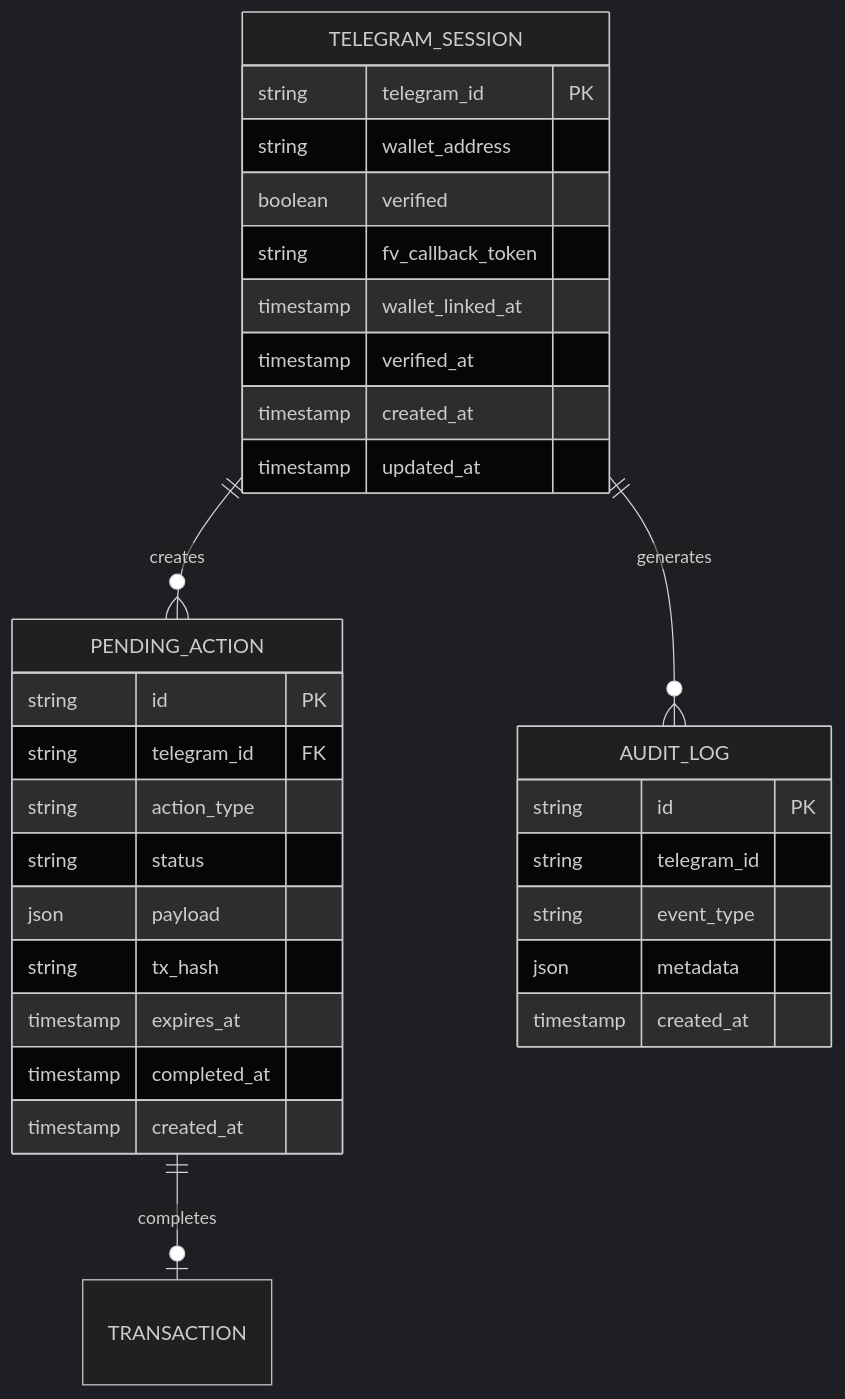
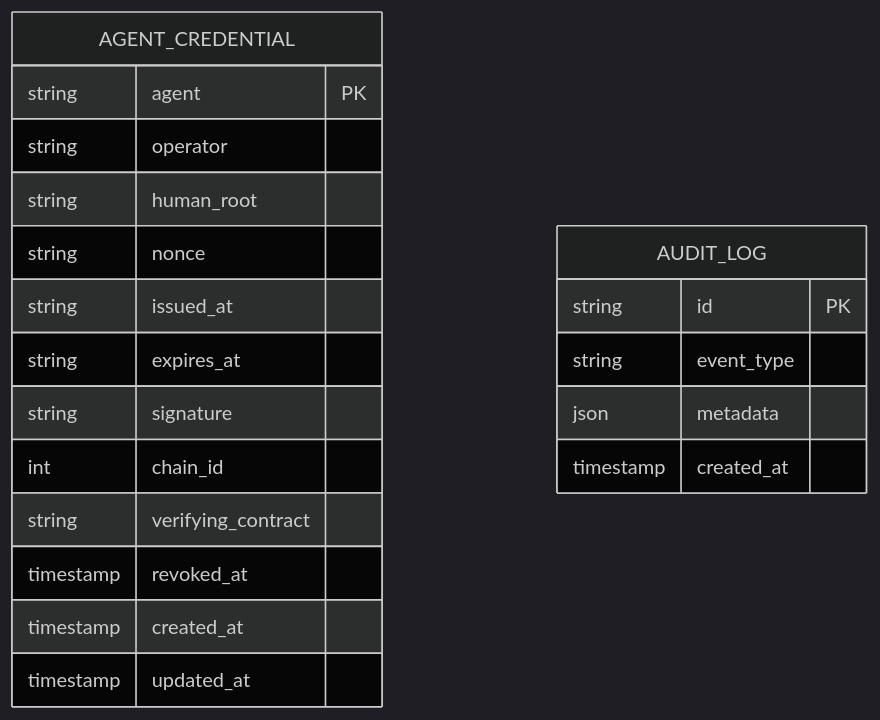
One commit to sam-thetutor/gooddollar-agent-id changed the diagram in docs/09-data-model.md. Above: the diagram before and after it, drawn with Mermaid (dark theme). The commit also changed other lines of this file and 97 other files, not shown here.

````diff
--- a/docs/09-data-model.md
+++ b/docs/09-data-model.md
@@ -9,37 +11,24 @@
 ```mermaid
 erDiagram
-    TELEGRAM_SESSION ||--o{ PENDING_ACTION : creates
-    TELEGRAM_SESSION ||--o{ AUDIT_LOG : generates
-    PENDING_ACTION ||--o| TRANSACTION : completes
-
-    TELEGRAM_SESSION {
-        string telegram_id PK
-        string wallet_address
-        boolean verified
-        string fv_callback_token
-        timestamp wallet_linked_at
-        timestamp verified_at
+    AGENT_CREDENTIAL {
+        string agent PK
+        string operator
+        string human_root
+        string nonce
+        string issued_at
+        string expires_at
+        string signature
+        int    chain_id
+        string verifying_contract
+        timestamp revoked_at
         timestamp created_at
         timestamp updated_at
     }
 
-    PENDING_ACTION {
-        string id PK
-        string telegram_id FK
-        string action_type
-        string status
-        json payload
-        string tx_hash
-        timestamp expires_at
-        timestamp completed_at
-        timestamp created_at
-    }
-
     AUDIT_LOG {
         string id PK
-        string telegram_id
         string event_type
-        json metadata
+        json   metadata
         timestamp created_at
     }
 ```
````
